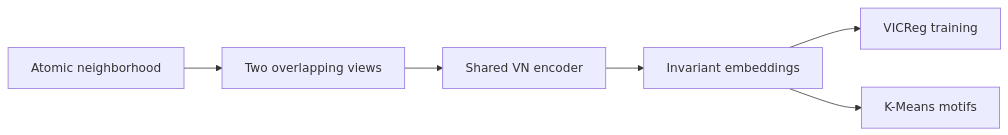
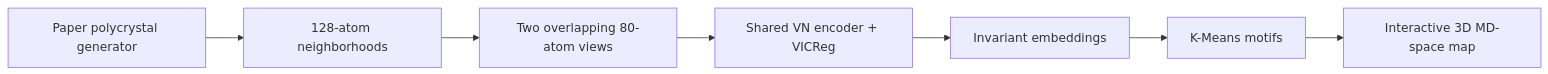
The diagram in README.md (maloq/PointCloudMaterials), drawn with Mermaid before and after one commit. The commit also changed other lines of this file and 12 other files, not shown here.

Commit message:
Use paper polycrystal in interactive MD demo

````diff
--- a/README.md
+++ b/README.md
@@ -11,8 +21,9 @@
 ```mermaid
 flowchart LR
-    A[Atomic neighborhood] --> B[Two overlapping views]
-    B --> C[Shared VN encoder]
-    C --> D[Invariant embeddings]
-    D --> E[VICReg training]
-    D --> F[K-Means motifs]
+    A[Paper polycrystal generator] --> B[128-atom neighborhoods]
+    B --> C[Two overlapping 80-atom views]
+    C --> D[Shared VN encoder + VICReg]
+    D --> E[Invariant embeddings]
+    E --> F[K-Means motifs]
+    F --> G[Interactive 3D MD-space map]
 ```
````
